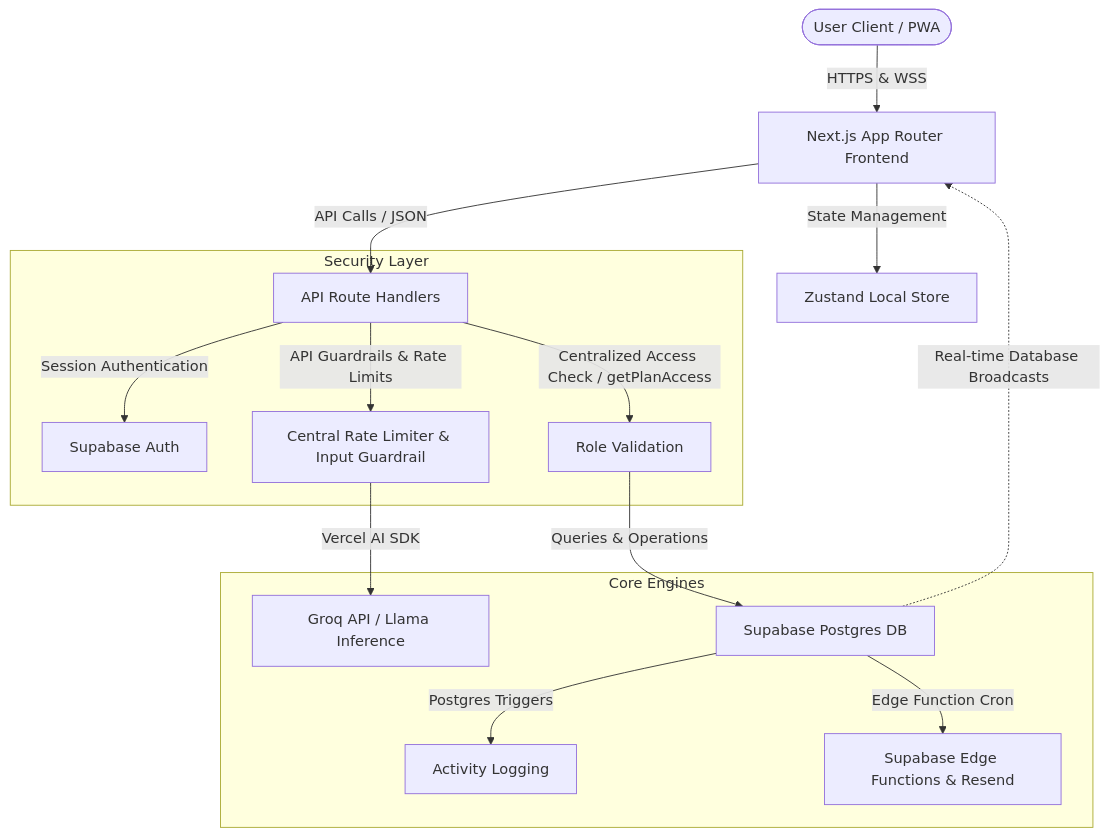
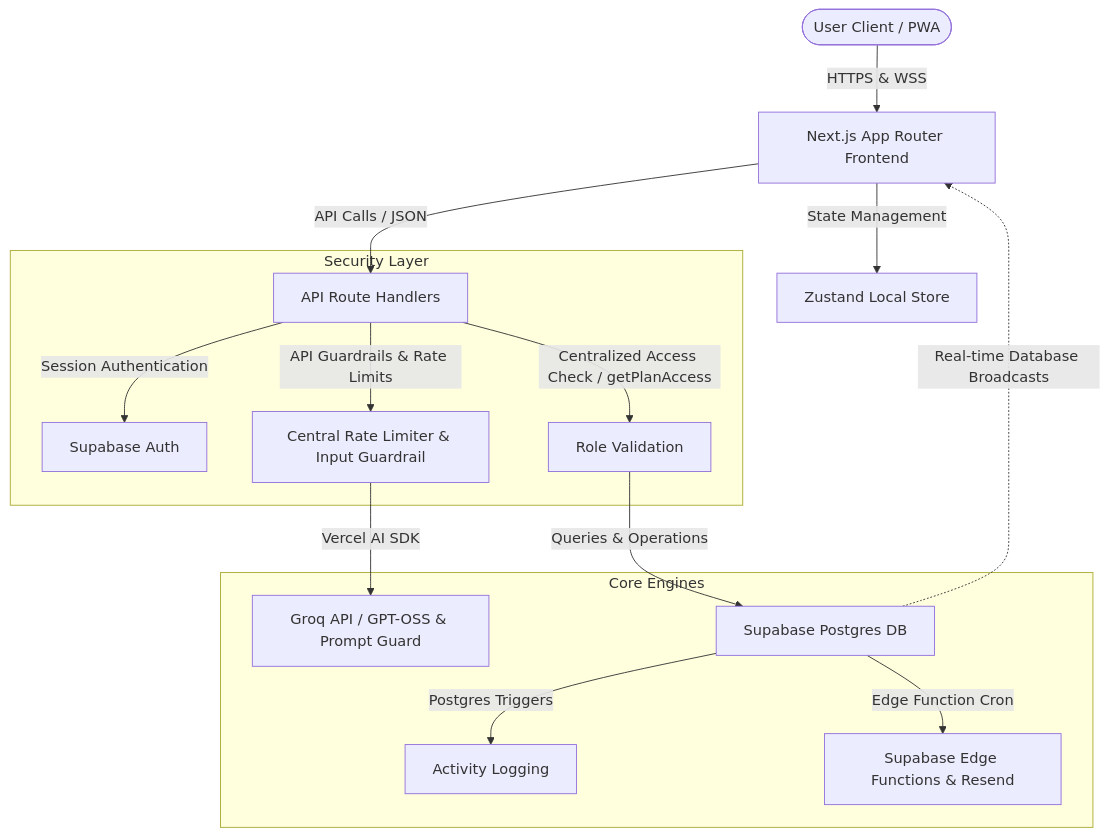
The diagram in README.md (apoorvmaurya/planora), drawn with Mermaid before and after one commit. The commit also changed other lines of this file and 8 other files, not shown here.

````diff
--- a/README.md
+++ b/README.md
@@ -34,21 +34,21 @@
 ```mermaid
 graph TD
     User([User Client / PWA]) -->|HTTPS & WSS| FE[Next.js App Router Frontend]
     FE -->|State Management| Zustand[Zustand Local Store]
     FE -->|API Calls / JSON| APILayer[API Route Handlers]
     
     subgraph Security Layer
         APILayer -->|Session Authentication| SupabaseAuth[Supabase Auth]
         APILayer -->|Centralized Access Check / getPlanAccess| AccessControl[Role Validation]
         APILayer -->|API Guardrails & Rate Limits| SecurityGate[Central Rate Limiter & Input Guardrail]
     end
 
     subgraph Core Engines
-        SecurityGate -->|Vercel AI SDK| GroqAPI[Groq API / Llama Inference]
+        SecurityGate -->|Vercel AI SDK| GroqAPI[Groq API / GPT-OSS & Prompt Guard]
         AccessControl -->|Queries & Operations| SupabaseDB[Supabase Postgres DB]
         SupabaseDB -->|Postgres Triggers| ActivityLogs[Activity Logging]
         SupabaseDB -->|Edge Function Cron| EdgeFunctions[Supabase Edge Functions & Resend]
     end
 
     SupabaseDB -.->|Real-time Database Broadcasts| FE
 ```
````
